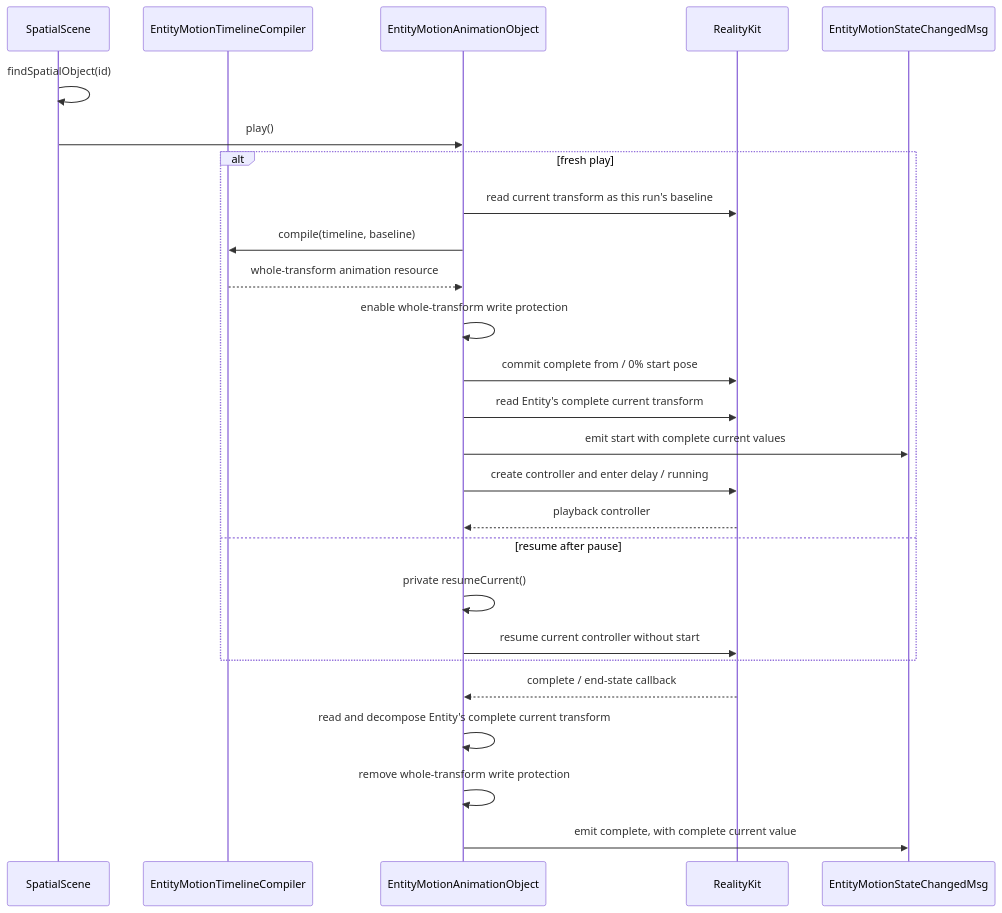
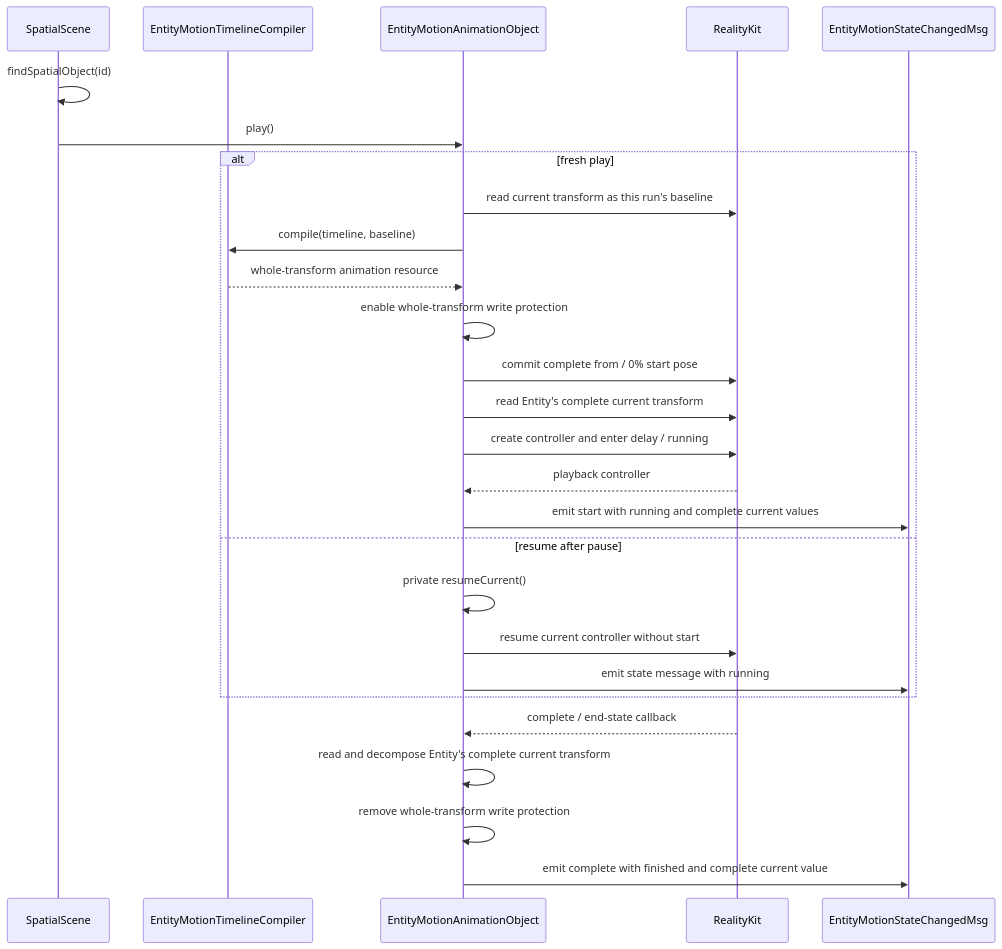
Diagram 11 of 14 in openspec/changes/redesign-entity-motion-api/design.md (webspatial/webspatial-sdk), drawn with Mermaid before and after one commit. The commit also changed other lines of this file and 33 other files, not shown here.

````diff
--- a/openspec/changes/redesign-entity-motion-api/design.md
+++ b/openspec/changes/redesign-entity-motion-api/design.md
@@ -1230,29 +1231,30 @@
 ```mermaid
 sequenceDiagram
     participant Scene as SpatialScene
     participant Compiler as EntityMotionTimelineCompiler
     participant Obj as EntityMotionAnimationObject
     participant RK as RealityKit
     participant Event as EntityMotionStateChangedMsg
 
     Scene->>Scene: findSpatialObject(id)
     Scene->>Obj: play()
     alt fresh play
         Obj->>RK: read current transform as this run's baseline
         Obj->>Compiler: compile(timeline, baseline)
         Compiler-->>Obj: whole-transform animation resource
         Obj->>Obj: enable whole-transform write protection
         Obj->>RK: commit complete from / 0% start pose
         Obj->>RK: read Entity's complete current transform
-        Obj->>Event: emit start with complete current values
         Obj->>RK: create controller and enter delay / running
         RK-->>Obj: playback controller
+        Obj->>Event: emit start with running and complete current values
     else resume after pause
         Obj->>Obj: private resumeCurrent()
         Obj->>RK: resume current controller without start
+        Obj->>Event: emit state message with running
     end
     RK-->>Obj: complete / end-state callback
     Obj->>Obj: read and decompose Entity's complete current transform
     Obj->>Obj: remove whole-transform write protection
-    Obj->>Event: emit complete, with complete current value
+    Obj->>Event: emit complete with finished and complete current value
 ```
````
